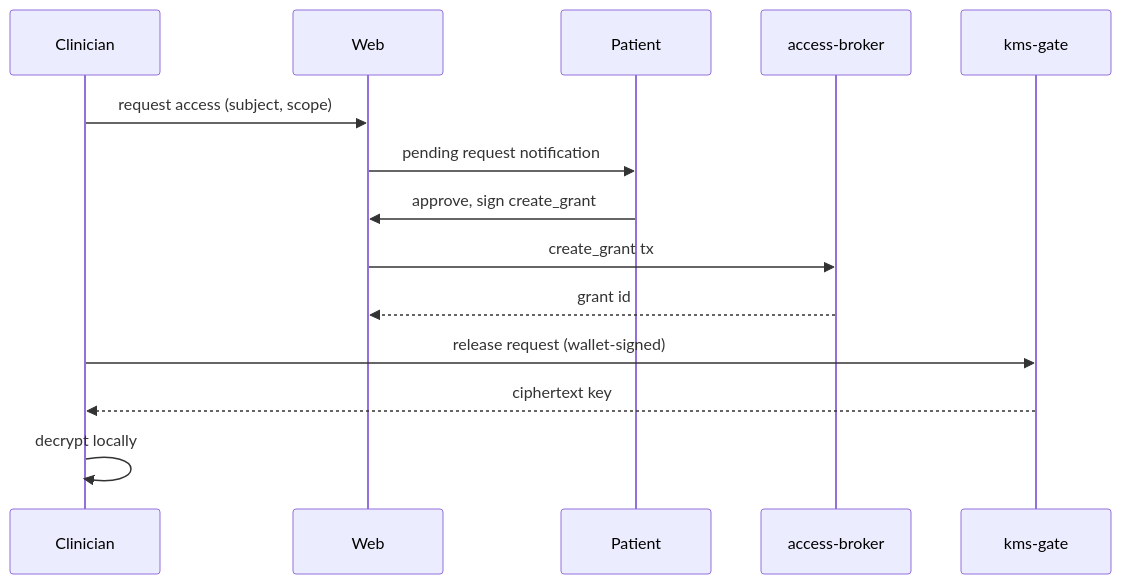
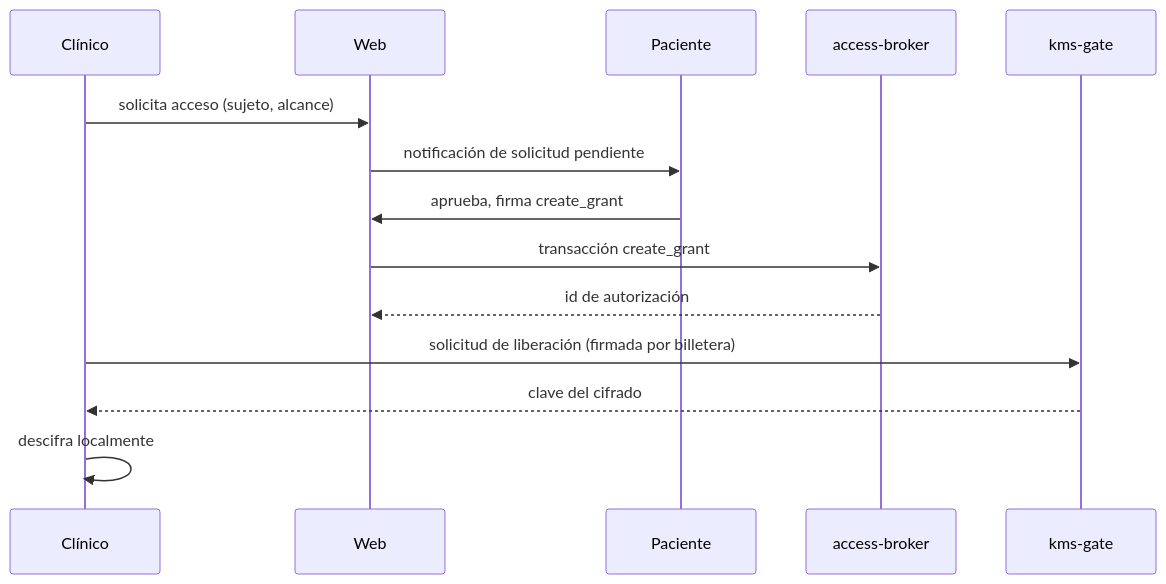
Before and after one commit to nanonite/-rappihistories-stellar-dapp-slides: the second of 2 diagrams in slides.md, drawn with Mermaid. The commit also changed other lines of this file, not shown here.

````diff
--- a/slides.md
+++ b/slides.md
@@ -265,16 +309,16 @@
 ```mermaid {scale: 0.65}
 sequenceDiagram
-  participant C as Clinician
+  participant C as Clínico
   participant W as Web
-  participant P as Patient
+  participant P as Paciente
   participant AB as access-broker
   participant K as kms-gate
-  C->>W: request access (subject, scope)
-  W->>P: pending request notification
-  P->>W: approve, sign create_grant
-  W->>AB: create_grant tx
-  AB-->>W: grant id
-  C->>K: release request (wallet-signed)
-  K-->>C: ciphertext key
-  C->>C: decrypt locally
+  C->>W: solicita acceso (sujeto, alcance)
+  W->>P: notificación de solicitud pendiente
+  P->>W: aprueba, firma create_grant
+  W->>AB: transacción create_grant
+  AB-->>W: id de autorización
+  C->>K: solicitud de liberación (firmada por billetera)
+  K-->>C: clave del cifrado
+  C->>C: descifra localmente
 ```
````
